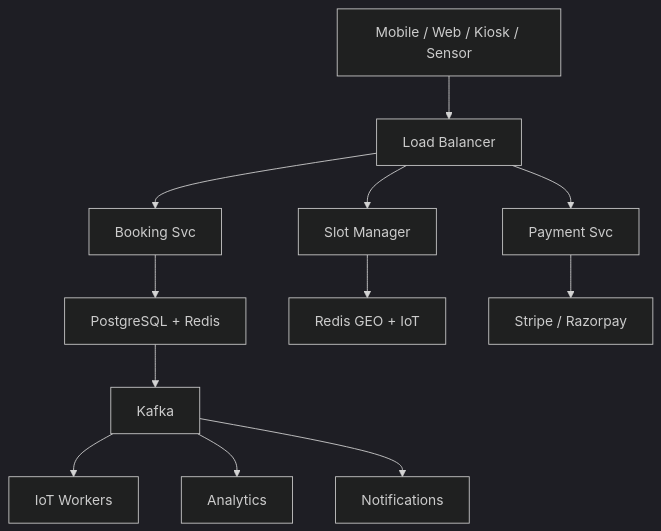
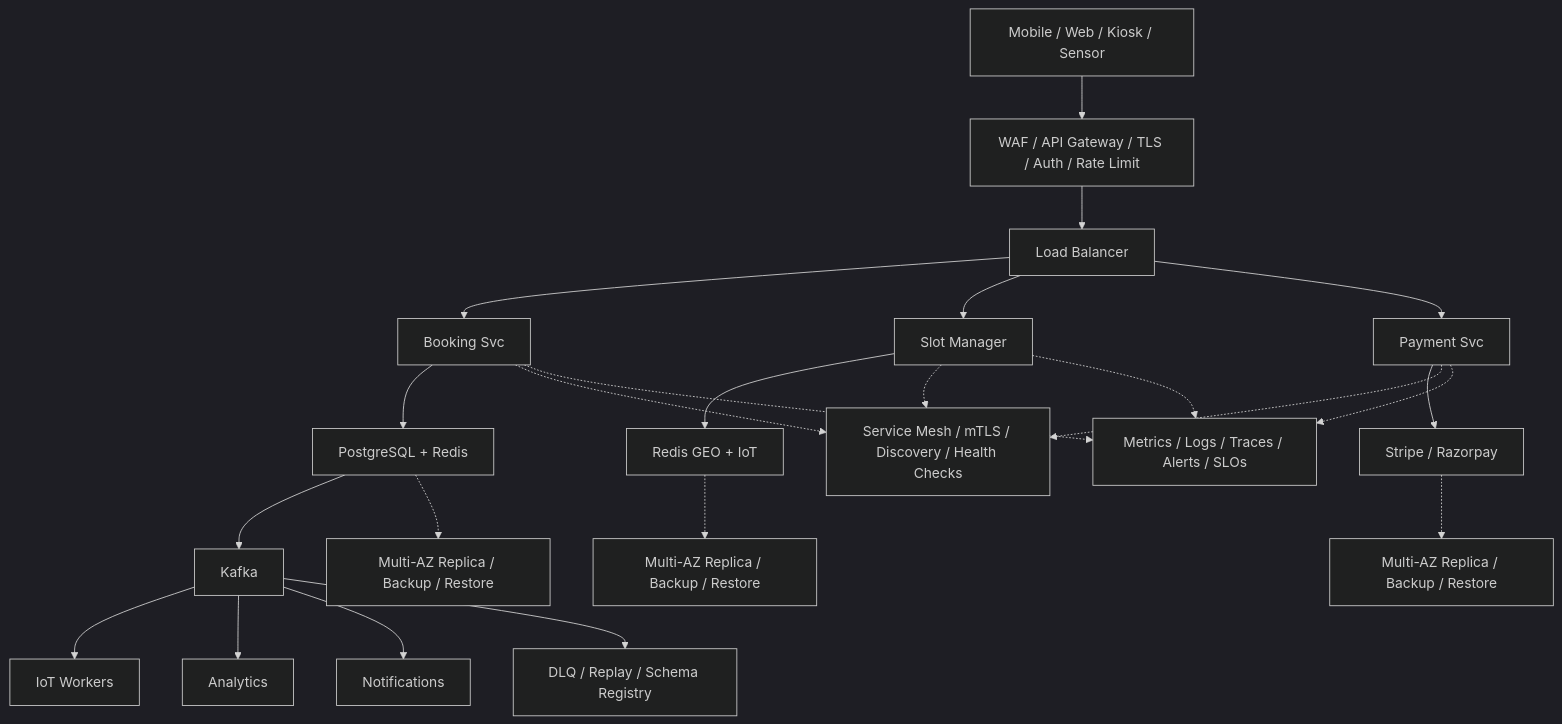
One commit to aishwary11/system-design changed the diagram in system-design-parking-system.md. Above: the diagram before and after it, drawn with Mermaid (dark theme). The commit also changed 31 other files, not shown here.

Commit message:
Add production-grade architecture details

````diff
--- a/system-design-parking-system.md
+++ b/system-design-parking-system.md
@@ -40,14 +40,25 @@
 ```mermaid
 flowchart TB
-    clients["Mobile / Web / Kiosk / Sensor"] --> lb["Load Balancer"]
+    clients["Mobile / Web / Kiosk / Sensor"] --> edge["WAF / API Gateway / TLS / Auth / Rate Limit"]
+    edge --> lb["Load Balancer"]
     lb --> svc0["Booking Svc"]
     lb --> svc1["Slot Manager"]
     lb --> svc2["Payment Svc"]
     svc0 --> store0["PostgreSQL + Redis"]
     svc1 --> store1["Redis GEO + IoT"]
     svc2 --> store2["Stripe / Razorpay"]
     store0 --> stream["Kafka"]
     stream --> worker0["IoT Workers"]
     stream --> worker1["Analytics"]
     stream --> worker2["Notifications"]
+    svc0 -.-> platform["Service Mesh / mTLS / Discovery / Health Checks"]
+    svc1 -.-> platform
+    svc2 -.-> platform
+    store0 -.-> backup0["Multi-AZ Replica / Backup / Restore"]
+    store1 -.-> backup1["Multi-AZ Replica / Backup / Restore"]
+    store2 -.-> backup2["Multi-AZ Replica / Backup / Restore"]
+    stream --> dlq["DLQ / Replay / Schema Registry"]
+    svc0 -.-> ops["Metrics / Logs / Traces / Alerts / SLOs"]
+    svc1 -.-> ops
+    svc2 -.-> ops
 ```
````
